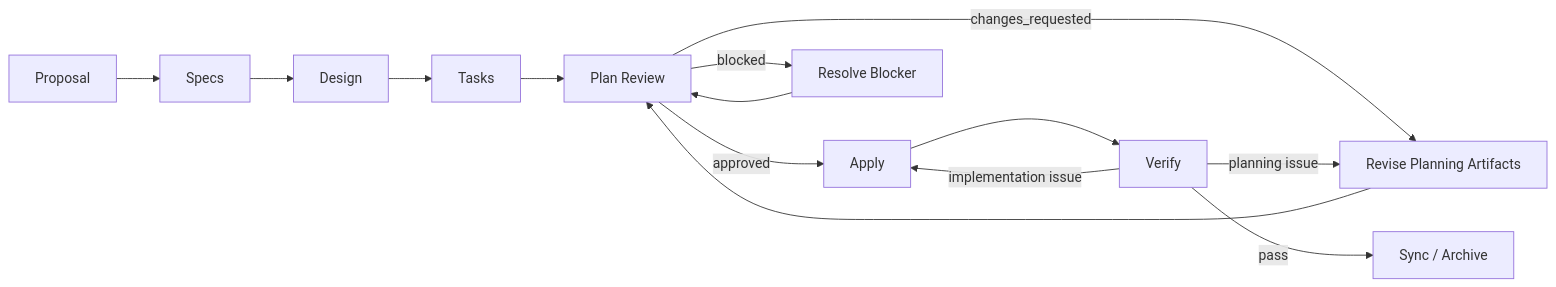
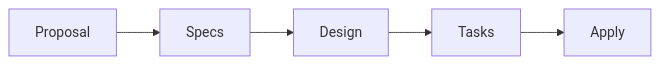
Before and after one commit to mols3131d/hmda-data-reliability: the diagram in openspec/schemas/spec-driven-tdd/docs/architecture.md, drawn with Mermaid. The commit also changed other lines of this file and 4 other files, not shown here.

Commit message:
chore(openspec): plan review artifact 제거

````diff
--- a/openspec/schemas/spec-driven-tdd/docs/architecture.md
+++ b/openspec/schemas/spec-driven-tdd/docs/architecture.md
@@ -9,16 +9,7 @@
 ```mermaid
 flowchart LR
     P[Proposal] --> S[Specs]
     S --> D[Design]
     D --> T[Tasks]
-    T --> R[Plan Review]
-    R -->|approved| A[Apply]
-    R -->|changes_requested| U[Revise Planning Artifacts]
-    U --> R
-    R -->|blocked| B[Resolve Blocker]
-    B --> R
-    A --> V[Verify]
-    V -->|planning issue| U
-    V -->|implementation issue| A
-    V -->|pass| X[Sync / Archive]
+    T --> A[Apply]
 ```
````
